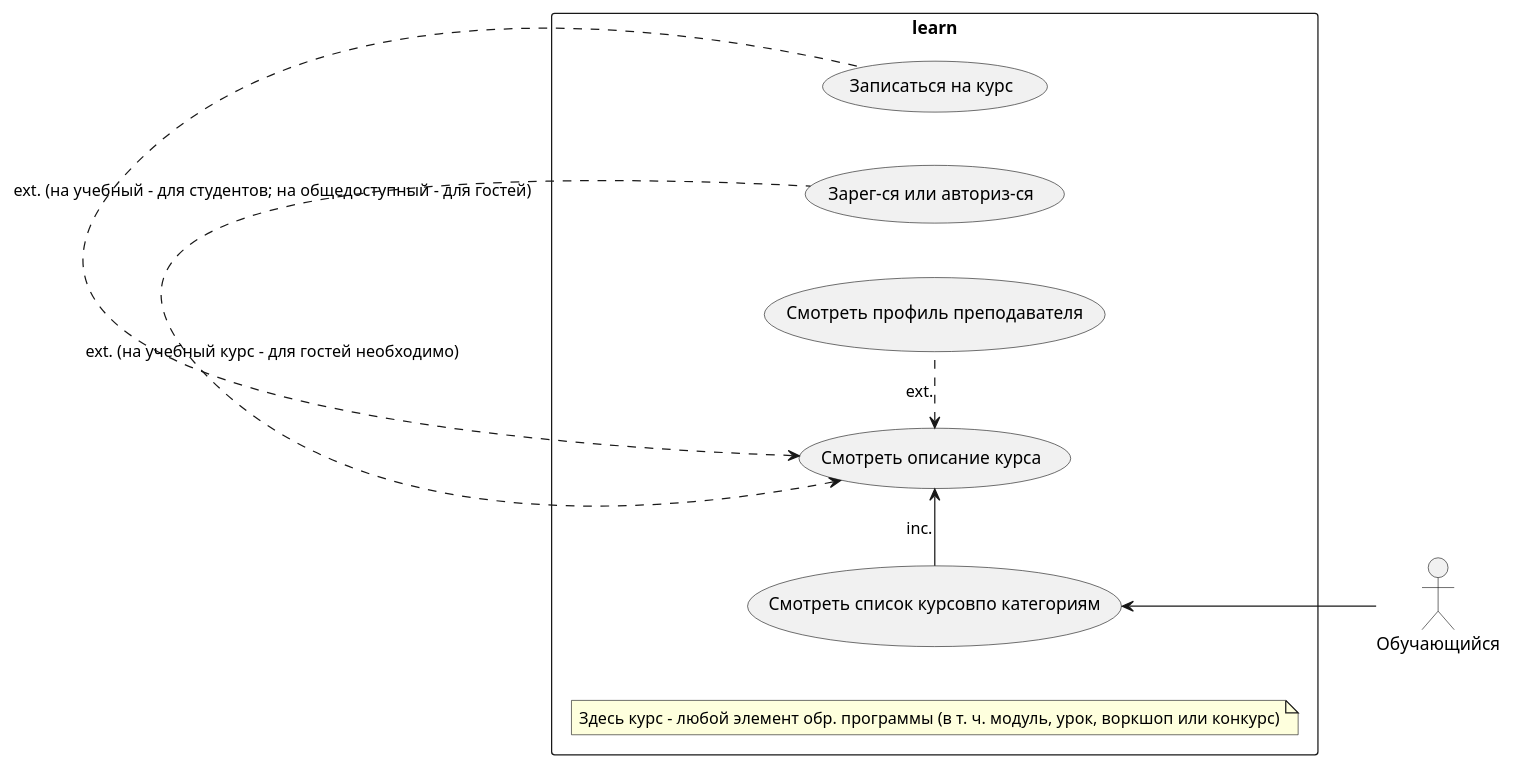
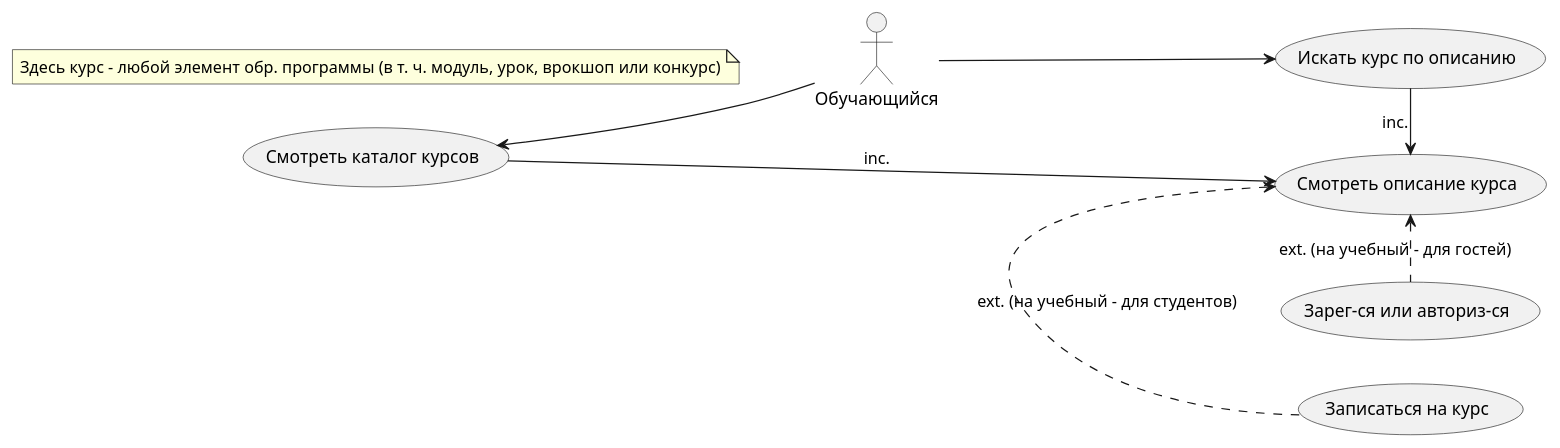
Before and after one commit to karpoftea/mts-kata-2023: the second of 3 diagrams in docs/requirements/requirements.md, drawn with PlantUML. The commit also changed other lines of this file and 18 other files, not shown here.

````diff
--- a/docs/requirements/requirements.md
+++ b/docs/requirements/requirements.md
@@ -108,24 +113,23 @@
 ```plantuml
 @startuml
 
 left to right direction
 
 actor "Обучающийся" as guest
 
-rectangle learn {
-  usecase "Смотреть список курсовпо категориям" as UC21
-  usecase "Смотреть описание курса" as UC24
-  note "Здесь курс - любой элемент обр. программы (в т. ч. модуль, урок, воркшоп или конкурс)" as N21
-  usecase "Записаться на курс" as UC25
-  usecase "Зарег-ся или авториз-ся" as UC23
-  usecase "Смотреть профиль преподавателя" as UC26
-}
+usecase "Смотреть каталог курсов" as UC21
+usecase "Искать курс по описанию" as UC22
+usecase "Смотреть описание курса" as UC24
+note "Здесь курс - любой элемент обр. программы (в т. ч. модуль, урок, врокшоп или конкурс)" as N21
+usecase "Записаться на курс" as UC25
+usecase "Зарег-ся или авториз-ся" as UC23
 
 guest -up-> UC21
+guest --> UC22
 UC21 -> UC24 : inc.
-UC24 <. UC25 : ext. (на учебный - для студентов; на общедоступный - для гостей)
-UC24 <. UC23 : ext. (на учебный курс - для гостей необходимо)
-UC24 <. UC26 : ext.
+UC22 -> UC24 : inc.
+UC24 <. UC25 : ext. (на учебный - для студентов)
+UC24 <. UC23 : ext. (на учебный - для гостей)
 
 @enduml
 ```
````
